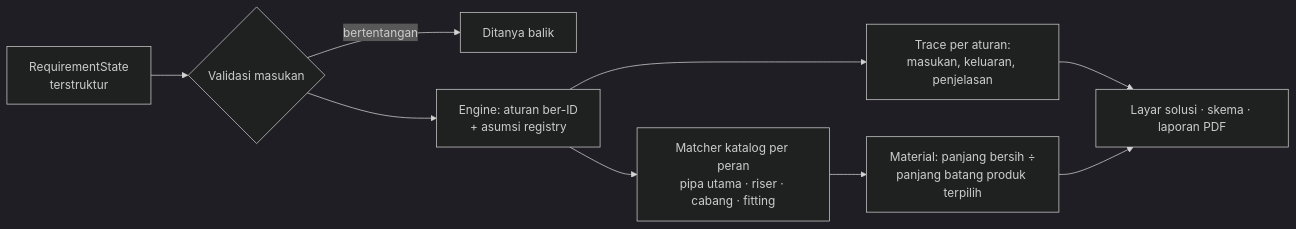
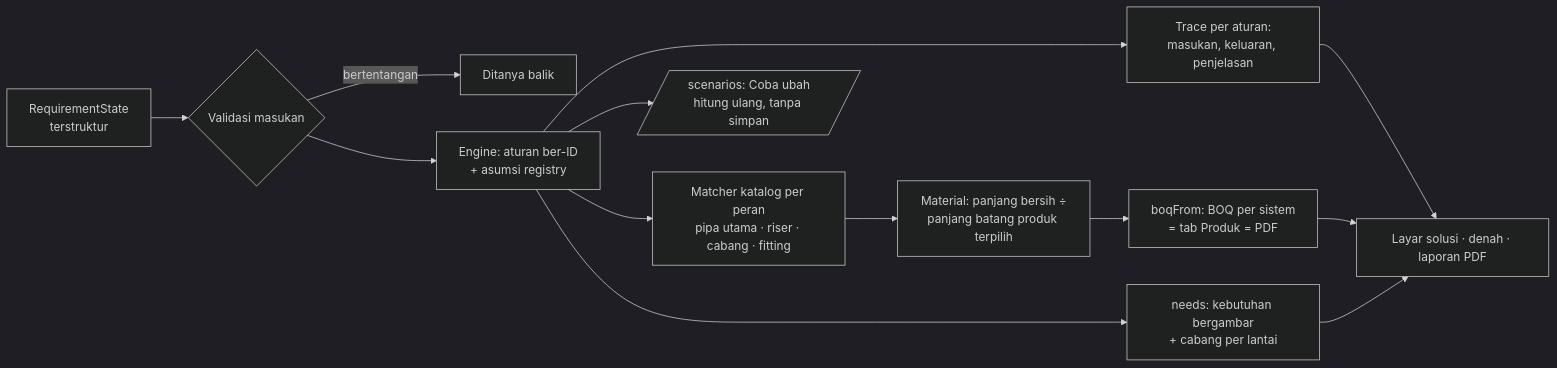
The third of 4 diagrams in docs/brainstorm/ARSITEKTUR_SKEMA.md (solusidigitalkita1001-sudo/snouty-draft), drawn with Mermaid (dark theme) before and after one commit. The commit also changed other lines of this file and 1 other file, not shown here.

Commit message:
P17-10: refresh the brainstorm pack for the v2 solution screen
KONTEKS_RINGKAS and ARSITEKTUR_SKEMA now describe the v2 solution screen and report
(DD-01), the BOQ / needs / scenarios flow, packages/ui as a built module shared by the web
and the report, and the new open items (OQ-62 product photos, fittings counted at
installation).

````diff
--- a/docs/brainstorm/ARSITEKTUR_SKEMA.md
+++ b/docs/brainstorm/ARSITEKTUR_SKEMA.md
@@ -54,11 +54,15 @@
 ```mermaid
 flowchart LR
   S[RequirementState<br/>terstruktur] --> V{Validasi masukan}
   V -->|bertentangan| X[Ditanya balik]
   V --> E[Engine: aturan ber-ID<br/>+ asumsi registry]
   E --> T[Trace per aturan:<br/>masukan, keluaran, penjelasan]
   E --> MT[Matcher katalog per peran<br/>pipa utama · riser · cabang · fitting]
   MT --> B[Material: panjang bersih ÷<br/>panjang batang produk terpilih]
-  T --> VW[Layar solusi · skema · laporan PDF]
-  B --> VW
+  T --> VW[Layar solusi · denah · laporan PDF]
+  B --> BOQ[boqFrom: BOQ per sistem<br/>= tab Produk = PDF]
+  BOQ --> VW
+  E --> ND[needs: kebutuhan bergambar<br/>+ cabang per lantai]
+  ND --> VW
+  E --> SC[/scenarios: Coba ubah<br/>hitung ulang, tanpa simpan/]
 ```
````
